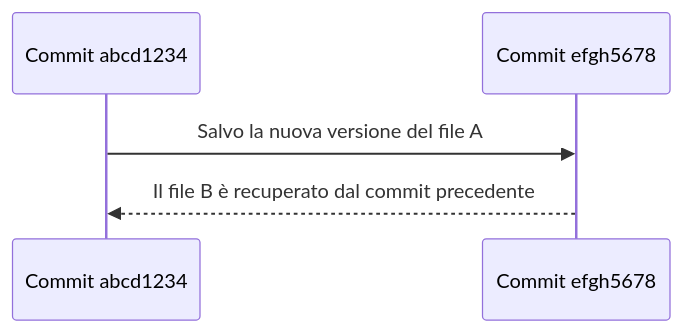
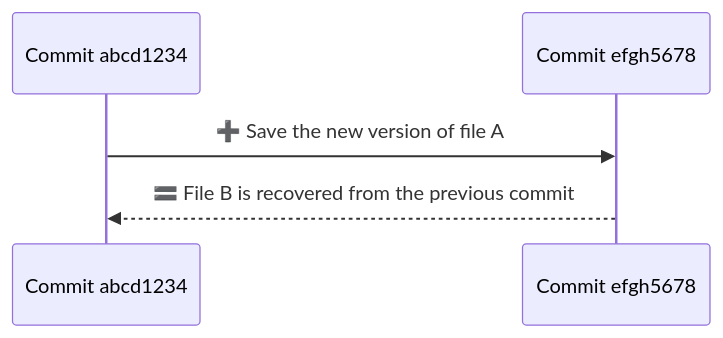
One commit to DaveFV91/GitCourse changed the fourth of 7 diagrams in 01-teoria/01-vcs-git-basics.md. Above: the diagram before and after it, drawn with Mermaid. The commit also changed other lines of this file and 3 other files, not shown here.

```diff
--- a/01-teoria/01-vcs-git-basics.md
+++ b/01-teoria/01-vcs-git-basics.md
@@ -81,5 +79,5 @@
 ::: mermaid
 sequenceDiagram
-Commit abcd1234 ->> Commit efgh5678: Salvo la nuova versione del file A
-Commit efgh5678 -->> Commit abcd1234: Il file B è recuperato dal commit precedente
+Commit abcd1234 ->> Commit efgh5678: ➕ Save the new version of file A
+Commit efgh5678 -->> Commit abcd1234: 🟰 File B is recovered from the previous commit
 :::
```
